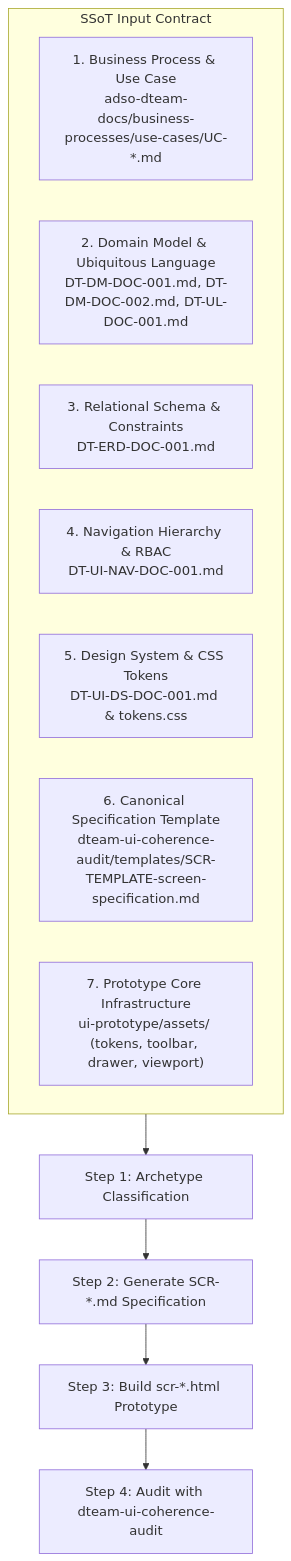
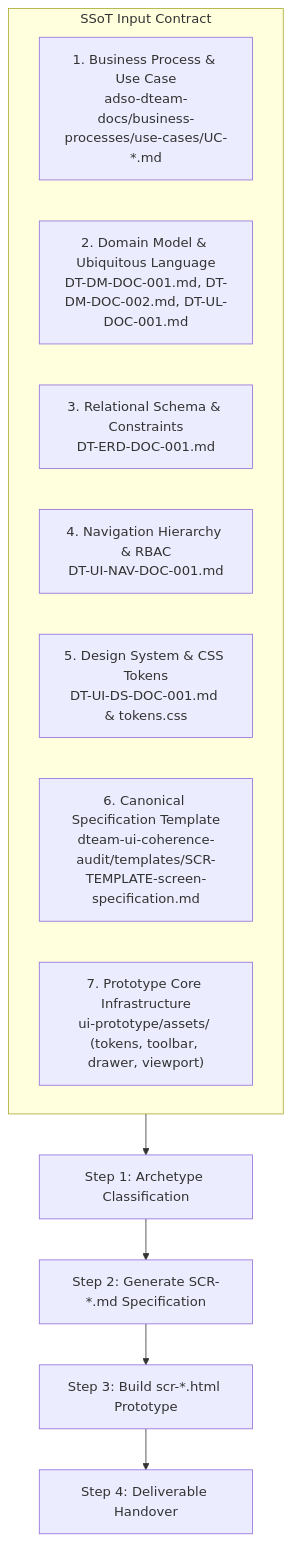
Before and after one commit to Novav20/adso-dteam-docs: the diagram in .agents/skills/dteam-screen-scaffolder/SKILL.md, drawn with Mermaid. The commit also changed other lines of this file, not shown here.

Commit message:
fix(skill): decouple coherence audit from scaffolder session and align portrait drawer height

````diff
--- a/.agents/skills/dteam-screen-scaffolder/SKILL.md
+++ b/.agents/skills/dteam-screen-scaffolder/SKILL.md
@@ -22,17 +22,17 @@
 ```mermaid
 flowchart TD
     subgraph Inputs["SSoT Input Contract"]
         UC["1. Business Process & Use Case<br/>adso-dteam-docs/business-processes/use-cases/UC-*.md"]
         DM["2. Domain Model & Ubiquitous Language<br/>DT-DM-DOC-001.md, DT-DM-DOC-002.md, DT-UL-DOC-001.md"]
         ERD["3. Relational Schema & Constraints<br/>DT-ERD-DOC-001.md"]
         NAV["4. Navigation Hierarchy & RBAC<br/>DT-UI-NAV-DOC-001.md"]
         DS["5. Design System & CSS Tokens<br/>DT-UI-DS-DOC-001.md & tokens.css"]
         TPL["6. Canonical Specification Template<br/>dteam-ui-coherence-audit/templates/SCR-TEMPLATE-screen-specification.md"]
         ASSETS["7. Prototype Core Infrastructure<br/>ui-prototype/assets/ (tokens, toolbar, drawer, viewport)"]
     end
 
     Inputs --> Step1["Step 1: Archetype Classification"]
     Step1 --> Step2["Step 2: Generate SCR-*.md Specification"]
     Step2 --> Step3["Step 3: Build scr-*.html Prototype"]
-    Step3 --> Step4["Step 4: Audit with dteam-ui-coherence-audit"]
+    Step3 --> StepDone["Step 4: Deliverable Handover"]
 ```
````
